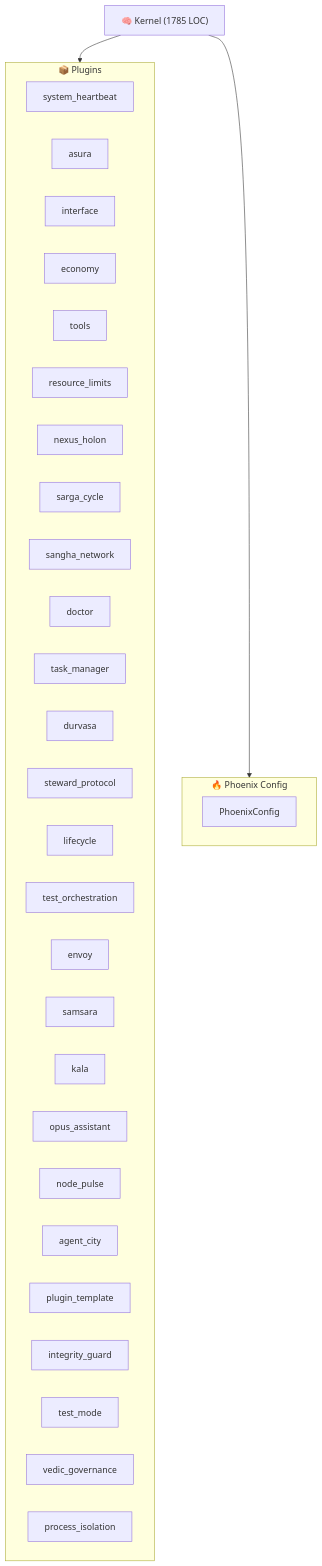
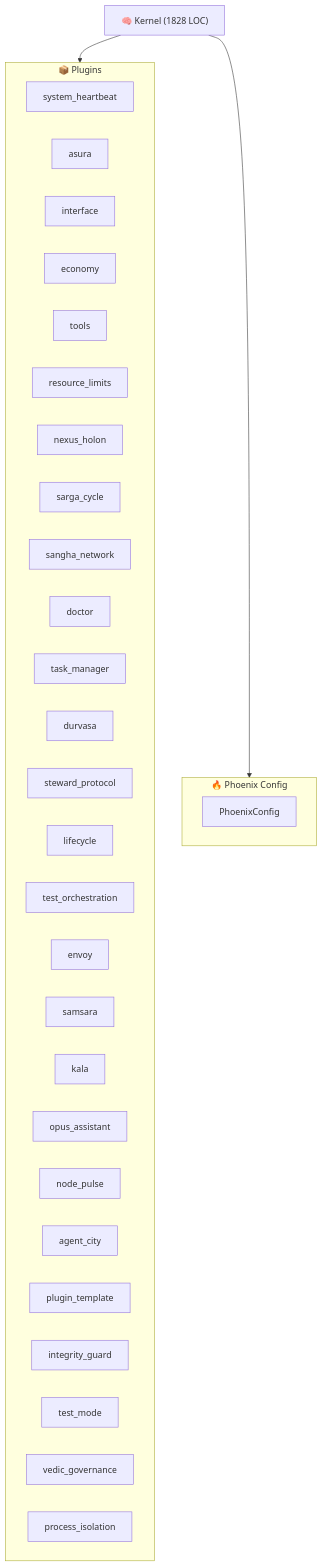
Before and after one commit to kimeisele/steward-protocol: the diagram in ARCHITECTURE.md, drawn with Mermaid. The commit also changed other lines of this file and 17 other files, not shown here.

````diff
--- a/ARCHITECTURE.md
+++ b/ARCHITECTURE.md
@@ -8,37 +8,37 @@
 ```mermaid
 graph TB
-    K["🧠 Kernel (1785 LOC)"]
+    K["🧠 Kernel (1828 LOC)"]
     subgraph Plugins["📦 Plugins"]
         P_system_heartbeat["system_heartbeat"]
         P_asura["asura"]
         P_interface["interface"]
         P_economy["economy"]
         P_tools["tools"]
         P_resource_limits["resource_limits"]
         P_nexus_holon["nexus_holon"]
         P_sarga_cycle["sarga_cycle"]
         P_sangha_network["sangha_network"]
         P_doctor["doctor"]
         P_task_manager["task_manager"]
         P_durvasa["durvasa"]
         P_steward_protocol["steward_protocol"]
         P_lifecycle["lifecycle"]
         P_test_orchestration["test_orchestration"]
         P_envoy["envoy"]
         P_samsara["samsara"]
         P_kala["kala"]
         P_opus_assistant["opus_assistant"]
         P_node_pulse["node_pulse"]
         P_agent_city["agent_city"]
         P_plugin_template["plugin_template"]
         P_integrity_guard["integrity_guard"]
         P_test_mode["test_mode"]
         P_vedic_governance["vedic_governance"]
         P_process_isolation["process_isolation"]
     end
     K --> Plugins
     subgraph Config["🔥 Phoenix Config"]
         PC[PhoenixConfig]
     end
     K --> Config
 ```
````
